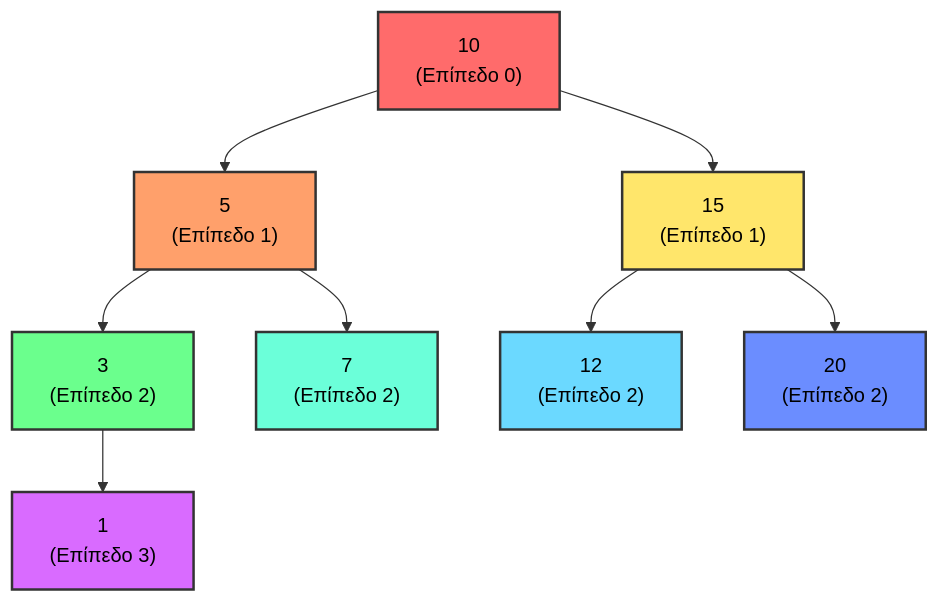
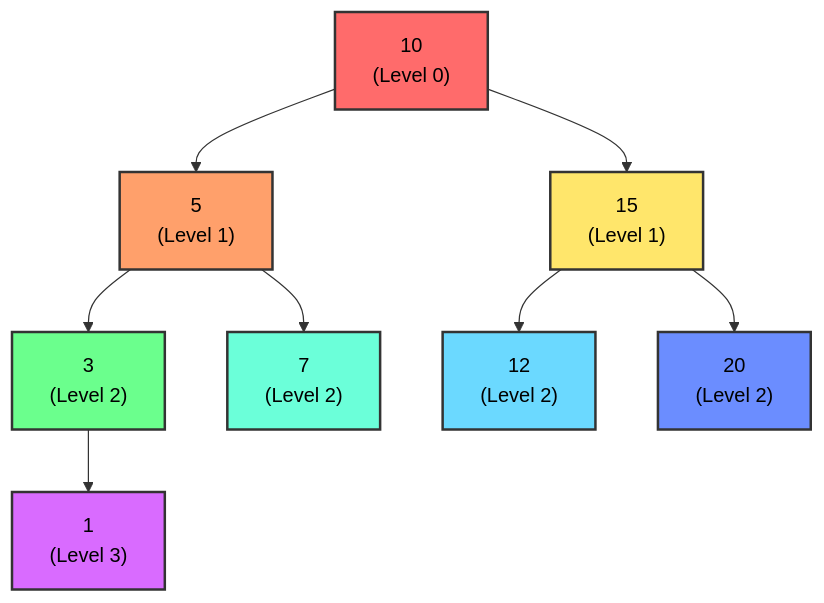
One commit to PanagopoulosNikolaos/DitOpenNotes changed the fifth of 43 diagrams in Year_2/Semester_3/DSA_DATA_STRUCTURES_ALGORITHMS/Resources/Binary_Trees.md. Above: the diagram before and after it, drawn with Mermaid. The commit also changed other lines of this file and 50 other files, not shown here.

````diff
--- a/Year_2/Semester_3/DSA_DATA_STRUCTURES_ALGORITHMS/Resources/Binary_Trees.md
+++ b/Year_2/Semester_3/DSA_DATA_STRUCTURES_ALGORITHMS/Resources/Binary_Trees.md
@@ -166,19 +166,19 @@
 ```mermaid
 graph TD
-    A[" 10<br/>(Επίπεδο 0)"] --> B[" 5<br/>(Επίπεδο 1)"]
-    A --> C[" 15<br/>(Επίπεδο 1)"]
-    B --> D[" 3<br/>(Επίπεδο 2)"]
-    B --> E[" 7<br/>(Επίπεδο 2)"]
-    C --> F[" 12<br/>(Επίπεδο 2)"]
-    C --> G[" 20<br/>(Επίπεδο 2)"]
-    D --> H[" 1<br/>(Επίπεδο 3)"]
+    A[" 10<br/>(Level 0)"] --> B[" 5<br/>(Level 1)"]
+    A --> C[" 15<br/>(Level 1)"]
+    B --> D[" 3<br/>(Level 2)"]
+    B --> E[" 7<br/>(Level 2)"]
+    C --> F[" 12<br/>(Level 2)"]
+    C --> G[" 20<br/>(Level 2)"]
+    D --> H[" 1<br/>(Level 3)"]
     
     style A fill:#ff6b6b,stroke:#333,stroke-width:2px,color:black
     style B fill:#ffa06b,stroke:#333,stroke-width:2px,color:black
     style C fill:#ffe66b,stroke:#333,stroke-width:2px,color:black
     style D fill:#6bff8d,stroke:#333,stroke-width:2px,color:black
     style E fill:#6bffd9,stroke:#333,stroke-width:2px,color:black
     style F fill:#6bd9ff,stroke:#333,stroke-width:2px,color:black
     style G fill:#6b8dff,stroke:#333,stroke-width:2px,color:black
     style H fill:#d96bff,stroke:#333,stroke-width:2px,color:black
 ```
````
